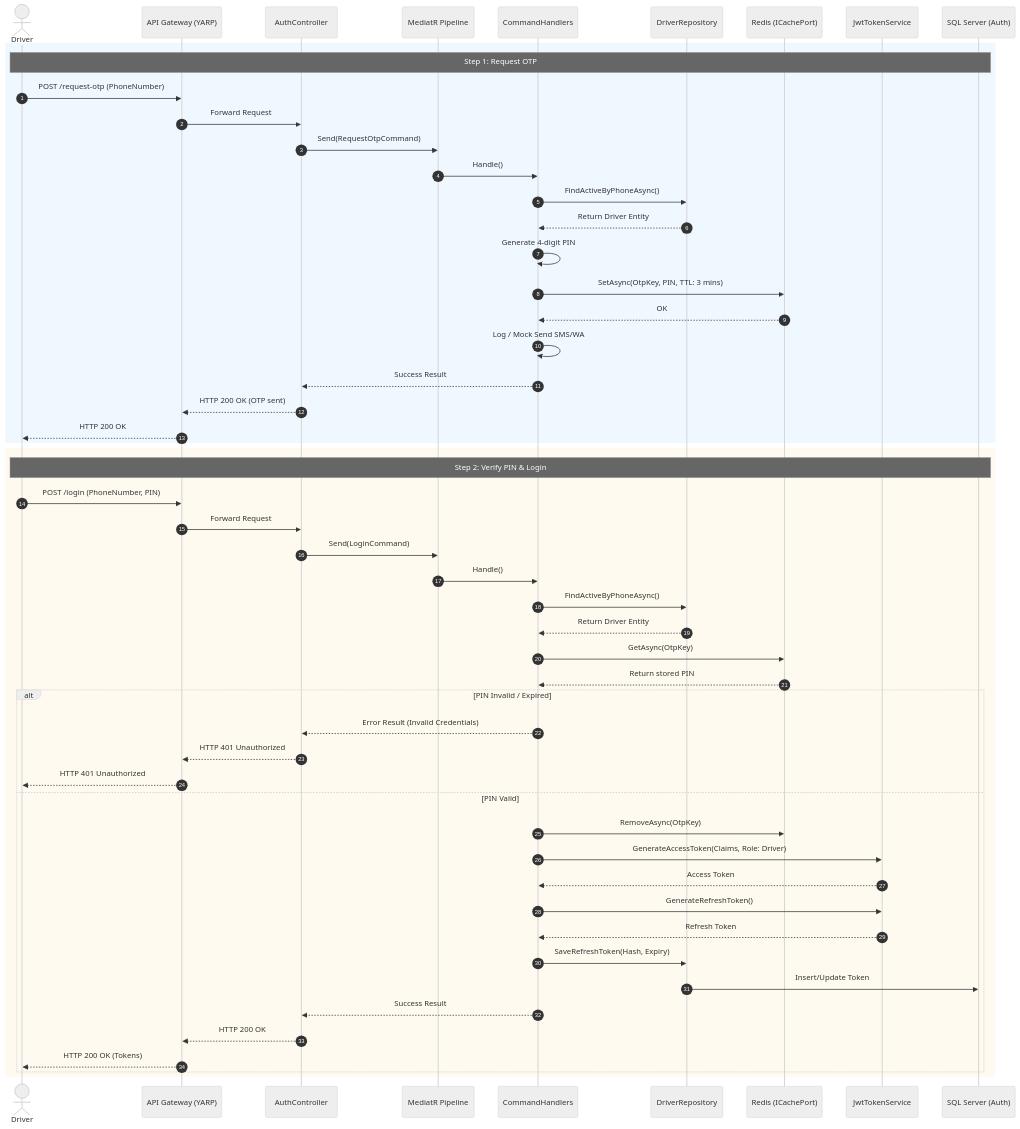
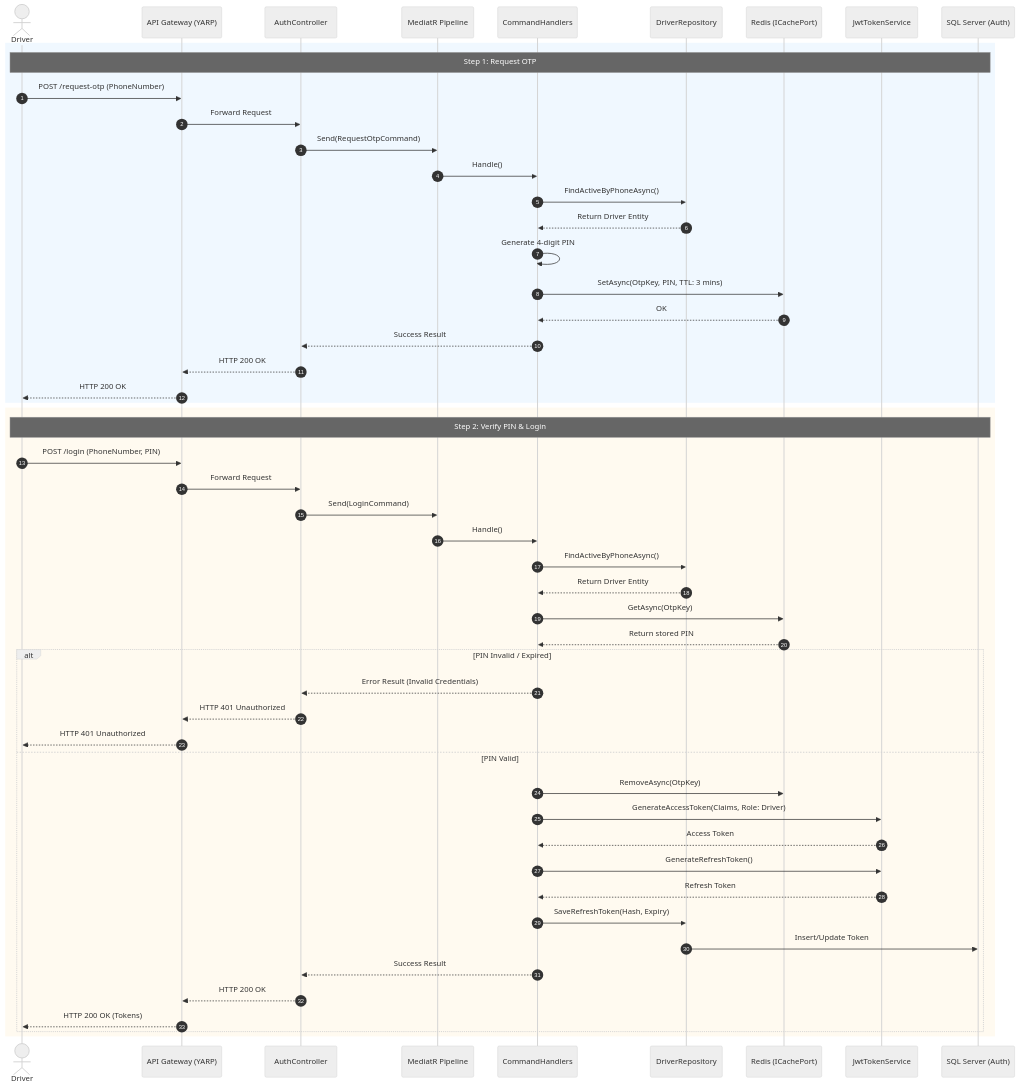
One commit to odealidj/minione-edcl-net changed the first of 8 diagrams in docs/architecture/api-sequence-diagrams.md. Above: the diagram before and after it, drawn with Mermaid (neutral theme). The commit also changed other lines of this file and 21 other files, not shown here.

````diff
--- a/docs/architecture/api-sequence-diagrams.md
+++ b/docs/architecture/api-sequence-diagrams.md
@@ -23,59 +12,58 @@
 ```mermaid
 sequenceDiagram
     autonumber
     actor Driver
     participant Gateway as API Gateway (YARP)
     participant Ctrl as AuthController
     participant MediatR as MediatR Pipeline
     participant Hndl as CommandHandlers
     participant Repo as DriverRepository
     participant Cache as Redis (ICachePort)
     participant Jwt as JwtTokenService
     participant DB as SQL Server (Auth)
 
     rect rgb(240, 248, 255)
     Note over Driver, DB: Step 1: Request OTP
     Driver->>Gateway: POST /request-otp (PhoneNumber)
     Gateway->>Ctrl: Forward Request
     Ctrl->>MediatR: Send(RequestOtpCommand)
     MediatR->>Hndl: Handle()
     Hndl->>Repo: FindActiveByPhoneAsync()
     Repo-->>Hndl: Return Driver Entity
     Hndl->>Hndl: Generate 4-digit PIN
     Hndl->>Cache: SetAsync(OtpKey, PIN, TTL: 3 mins)
     Cache-->>Hndl: OK
-    Hndl->>Hndl: Log / Mock Send SMS/WA
     Hndl-->>Ctrl: Success Result
-    Ctrl-->>Gateway: HTTP 200 OK (OTP sent)
+    Ctrl-->>Gateway: HTTP 200 OK
     Gateway-->>Driver: HTTP 200 OK
     end
 
     rect rgb(255, 250, 240)
     Note over Driver, DB: Step 2: Verify PIN & Login
     Driver->>Gateway: POST /login (PhoneNumber, PIN)
     Gateway->>Ctrl: Forward Request
     Ctrl->>MediatR: Send(LoginCommand)
     MediatR->>Hndl: Handle()
     Hndl->>Repo: FindActiveByPhoneAsync()
     Repo-->>Hndl: Return Driver Entity
     Hndl->>Cache: GetAsync(OtpKey)
     Cache-->>Hndl: Return stored PIN
     
     alt PIN Invalid / Expired
         Hndl-->>Ctrl: Error Result (Invalid Credentials)
         Ctrl-->>Gateway: HTTP 401 Unauthorized
         Gateway-->>Driver: HTTP 401 Unauthorized
     else PIN Valid
         Hndl->>Cache: RemoveAsync(OtpKey)
         Hndl->>Jwt: GenerateAccessToken(Claims, Role: Driver)
         Jwt-->>Hndl: Access Token
         Hndl->>Jwt: GenerateRefreshToken()
         Jwt-->>Hndl: Refresh Token
         Hndl->>Repo: SaveRefreshToken(Hash, Expiry)
         Repo->>DB: Insert/Update Token
         Hndl-->>Ctrl: Success Result
         Ctrl-->>Gateway: HTTP 200 OK
         Gateway-->>Driver: HTTP 200 OK (Tokens)
     end
     end
 ```
````
